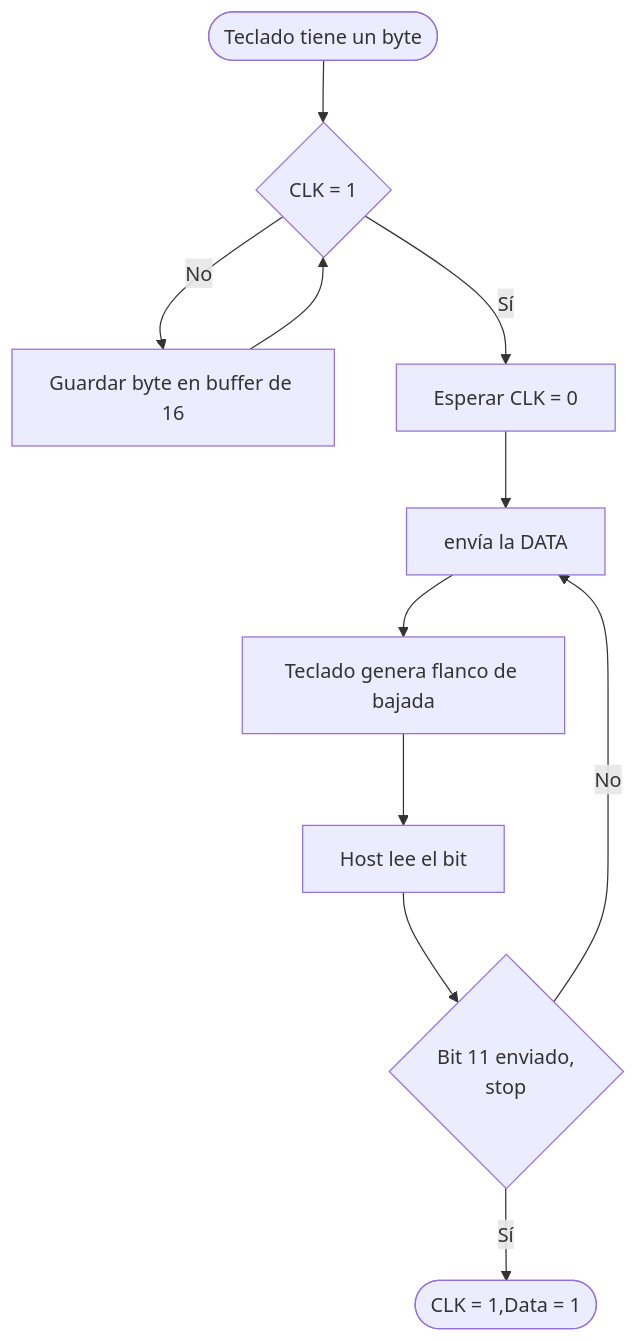
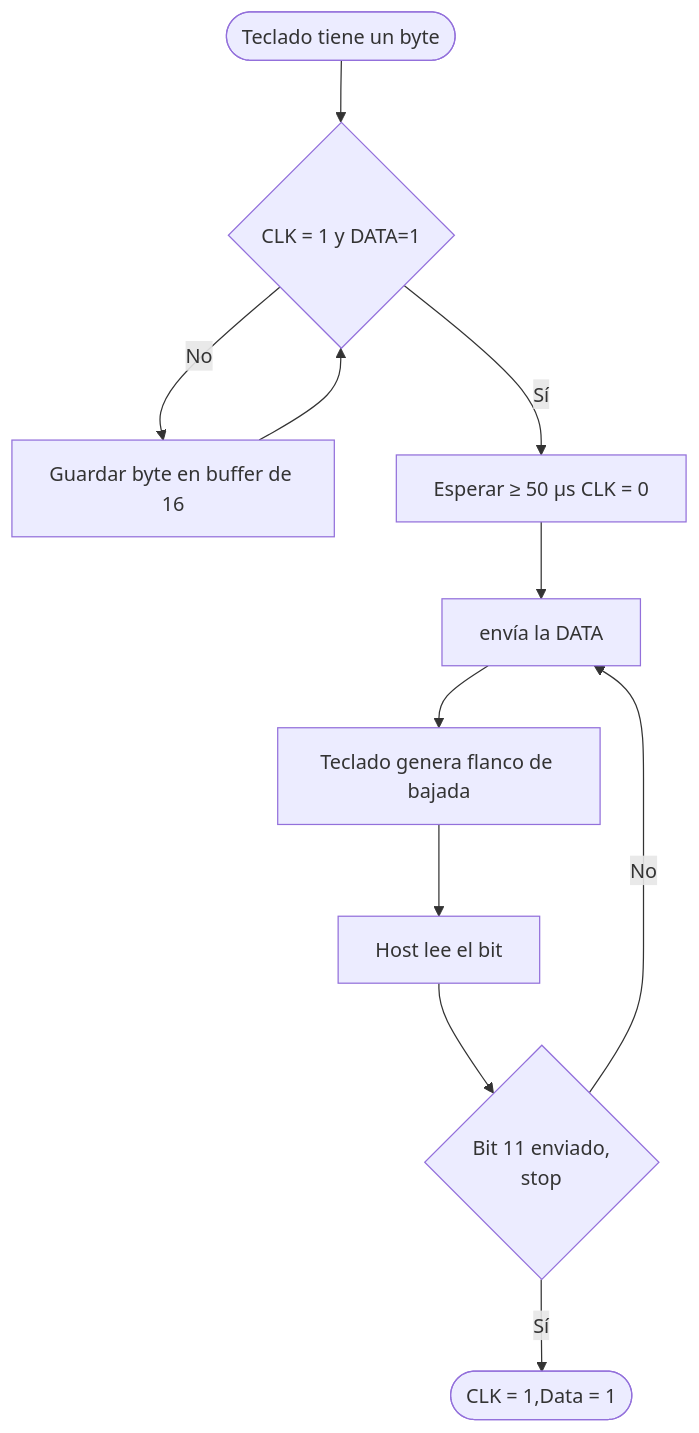
The first of 2 diagrams in diagramas/Diagramas.md (KUBIX2026/PS2_keyboard), drawn with Mermaid before and after one commit.

````diff
--- a/diagramas/Diagramas.md
+++ b/diagramas/Diagramas.md
@@ -3,13 +3,13 @@
 ```mermaid
 flowchart
-    A([Teclado tiene un byte]) --> B{CLK = 1}
+    A([Teclado tiene un byte]) --> B{CLK = 1 y DATA=1}
     B -- No --> C[Guardar byte en buffer de 16]
     C --> B
-    B -- Sí --> D[Esperar CLK = 0]
+    B -- Sí --> D[Esperar ≥ 50 µs CLK = 0]
     D --> E[envía la DATA]
     E --> F[Teclado genera flanco de bajada]
     F --> G[Host lee el bit]
     G --> H{Bit 11 enviado,<br/>stop}
     H -- No --> E
     H -- Sí --> I([CLK = 1,Data = 1])
 ```
````
